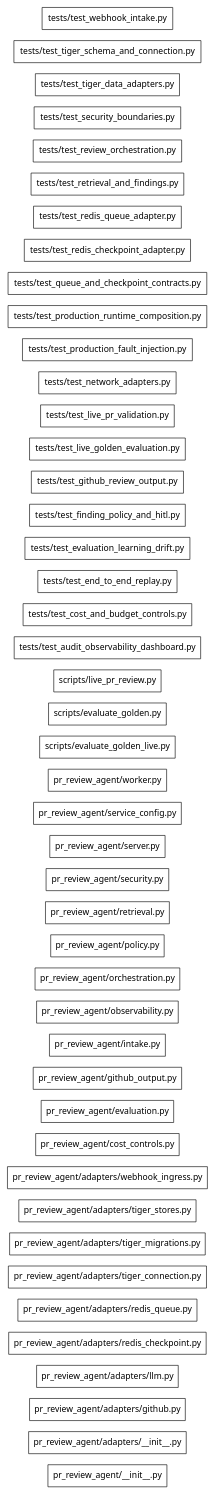
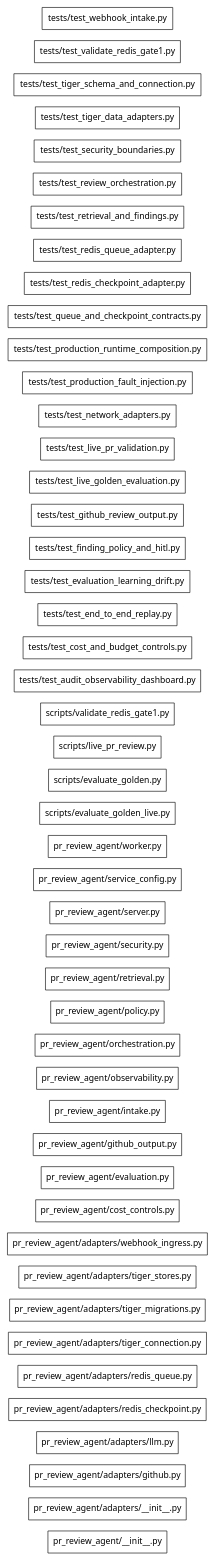
Before and after one commit to Ayush-Kant/PR-Review-Agent: the diagram in .genesis/index/graph.dot, drawn with Graphviz. The commit also changed 9 other files, not shown here.

Commit message:
feat(w1-08b): add real redis gate validation harness

```diff
--- a/.genesis/index/graph.dot
+++ b/.genesis/index/graph.dot
@@ -1,50 +1,52 @@
 digraph genesis {
   rankdir=LR;
   node [shape=box,fontname="system-ui"];
   "file:pr_review_agent/__init__.py" [label="pr_review_agent/__init__.py",class="file"];
   "file:pr_review_agent/adapters/__init__.py" [label="pr_review_agent/adapters/__init__.py",class="file"];
   "file:pr_review_agent/adapters/github.py" [label="pr_review_agent/adapters/github.py",class="file"];
   "file:pr_review_agent/adapters/llm.py" [label="pr_review_agent/adapters/llm.py",class="file"];
   "file:pr_review_agent/adapters/redis_checkpoint.py" [label="pr_review_agent/adapters/redis_checkpoint.py",class="file"];
   "file:pr_review_agent/adapters/redis_queue.py" [label="pr_review_agent/adapters/redis_queue.py",class="file"];
   "file:pr_review_agent/adapters/tiger_connection.py" [label="pr_review_agent/adapters/tiger_connection.py",class="file"];
   "file:pr_review_agent/adapters/tiger_migrations.py" [label="pr_review_agent/adapters/tiger_migrations.py",class="file"];
   "file:pr_review_agent/adapters/tiger_stores.py" [label="pr_review_agent/adapters/tiger_stores.py",class="file"];
   "file:pr_review_agent/adapters/webhook_ingress.py" [label="pr_review_agent/adapters/webhook_ingress.py",class="file"];
   "file:pr_review_agent/cost_controls.py" [label="pr_review_agent/cost_controls.py",class="file"];
   "file:pr_review_agent/evaluation.py" [label="pr_review_agent/evaluation.py",class="file"];
   "file:pr_review_agent/github_output.py" [label="pr_review_agent/github_output.py",class="file"];
   "file:pr_review_agent/intake.py" [label="pr_review_agent/intake.py",class="file"];
   "file:pr_review_agent/observability.py" [label="pr_review_agent/observability.py",class="file"];
   "file:pr_review_agent/orchestration.py" [label="pr_review_agent/orchestration.py",class="file"];
   "file:pr_review_agent/policy.py" [label="pr_review_agent/policy.py",class="file"];
   "file:pr_review_agent/retrieval.py" [label="pr_review_agent/retrieval.py",class="file"];
   "file:pr_review_agent/security.py" [label="pr_review_agent/security.py",class="file"];
   "file:pr_review_agent/server.py" [label="pr_review_agent/server.py",class="file"];
   "file:pr_review_agent/service_config.py" [label="pr_review_agent/service_config.py",class="file"];
   "file:pr_review_agent/worker.py" [label="pr_review_agent/worker.py",class="file"];
   "file:scripts/evaluate_golden_live.py" [label="scripts/evaluate_golden_live.py",class="file"];
   "file:scripts/evaluate_golden.py" [label="scripts/evaluate_golden.py",class="file"];
   "file:scripts/live_pr_review.py" [label="scripts/live_pr_review.py",class="file"];
+  "file:scripts/validate_redis_gate1.py" [label="scripts/validate_redis_gate1.py",class="file"];
   "file:tests/test_audit_observability_dashboard.py" [label="tests/test_audit_observability_dashboard.py",class="file"];
   "file:tests/test_cost_and_budget_controls.py" [label="tests/test_cost_and_budget_controls.py",class="file"];
   "file:tests/test_end_to_end_replay.py" [label="tests/test_end_to_end_replay.py",class="file"];
   "file:tests/test_evaluation_learning_drift.py" [label="tests/test_evaluation_learning_drift.py",class="file"];
   "file:tests/test_finding_policy_and_hitl.py" [label="tests/test_finding_policy_and_hitl.py",class="file"];
   "file:tests/test_github_review_output.py" [label="tests/test_github_review_output.py",class="file"];
   "file:tests/test_live_golden_evaluation.py" [label="tests/test_live_golden_evaluation.py",class="file"];
   "file:tests/test_live_pr_validation.py" [label="tests/test_live_pr_validation.py",class="file"];
   "file:tests/test_network_adapters.py" [label="tests/test_network_adapters.py",class="file"];
   "file:tests/test_production_fault_injection.py" [label="tests/test_production_fault_injection.py",class="file"];
   "file:tests/test_production_runtime_composition.py" [label="tests/test_production_runtime_composition.py",class="file"];
   "file:tests/test_queue_and_checkpoint_contracts.py" [label="tests/test_queue_and_checkpoint_contracts.py",class="file"];
   "file:tests/test_redis_checkpoint_adapter.py" [label="tests/test_redis_checkpoint_adapter.py",class="file"];
   "file:tests/test_redis_queue_adapter.py" [label="tests/test_redis_queue_adapter.py",class="file"];
   "file:tests/test_retrieval_and_findings.py" [label="tests/test_retrieval_and_findings.py",class="file"];
   "file:tests/test_review_orchestration.py" [label="tests/test_review_orchestration.py",class="file"];
   "file:tests/test_security_boundaries.py" [label="tests/test_security_boundaries.py",class="file"];
   "file:tests/test_tiger_data_adapters.py" [label="tests/test_tiger_data_adapters.py",class="file"];
   "file:tests/test_tiger_schema_and_connection.py" [label="tests/test_tiger_schema_and_connection.py",class="file"];
+  "file:tests/test_validate_redis_gate1.py" [label="tests/test_validate_redis_gate1.py",class="file"];
   "file:tests/test_webhook_intake.py" [label="tests/test_webhook_intake.py",class="file"];
 
 }
```
